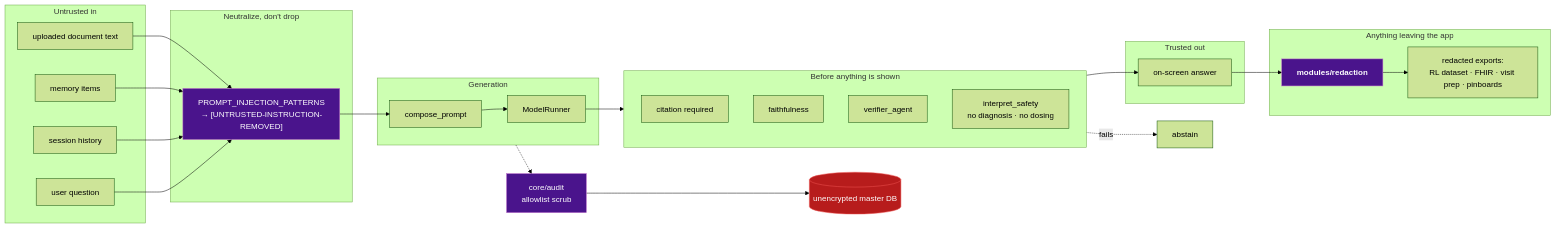
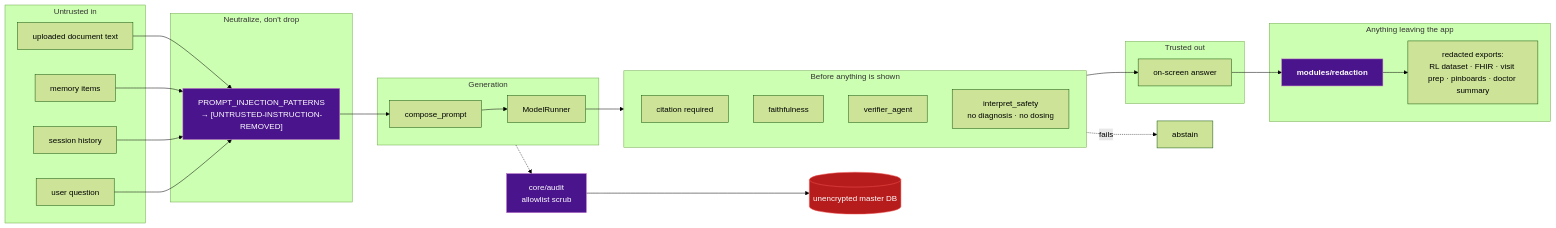
The third of 3 diagrams in docs/architecture/pipelines.md (BrooklynD23/HealthCentral), drawn with Mermaid (forest theme) before and after one commit. The commit also changed other lines of this file and 11 other files, not shown here.

First line of the commit message:
docs: refresh README and architecture docs against the code

````diff
--- a/docs/architecture/pipelines.md
+++ b/docs/architecture/pipelines.md
@@ -154,47 +161,47 @@
 ```mermaid
 flowchart LR
     subgraph inbound["Untrusted in"]
         DOC["uploaded document text"]
         MEM["memory items"]
         HIST["session history"]
         QUERY["user question"]
     end
 
     subgraph filters["Neutralize, don't drop"]
         INJ["PROMPT_INJECTION_PATTERNS<br/>→ [UNTRUSTED-INSTRUCTION-REMOVED]"]
     end
 
     subgraph generate["Generation"]
         PROMPT["compose_prompt"]
         LLM["ModelRunner"]
     end
 
     subgraph gates["Before anything is shown"]
         CITE["citation required"]
         FAITH["faithfulness"]
         VERIF["verifier_agent"]
         ISAFE["interpret_safety<br/>no diagnosis · no dosing"]
     end
 
     subgraph outbound["Trusted out"]
         SCREEN["on-screen answer"]
     end
 
     subgraph files["Anything leaving the app"]
         RED["<b>modules/redaction</b>"]
-        EXP["redacted exports:<br/>RL dataset · FHIR · visit prep · pinboards"]
+        EXP["redacted exports:<br/>RL dataset · FHIR · visit prep · pinboards · doctor summary"]
     end
 
     AUDIT["core/audit<br/>allowlist scrub"]
     MASTER[("unencrypted master DB")]
 
     DOC & MEM & HIST & QUERY --> INJ --> PROMPT --> LLM --> gates --> SCREEN
     gates -.->|"fails"| ABST["abstain"]
     SCREEN --> RED --> EXP
     generate -.-> AUDIT --> MASTER
 
     style INJ fill:#4a148c,stroke:#ba68c8,color:#fff
     style RED fill:#4a148c,stroke:#ba68c8,color:#fff
     style AUDIT fill:#4a148c,stroke:#ba68c8,color:#fff
     style MASTER fill:#b71c1c,stroke:#ef5350,color:#fff
 ```
````
